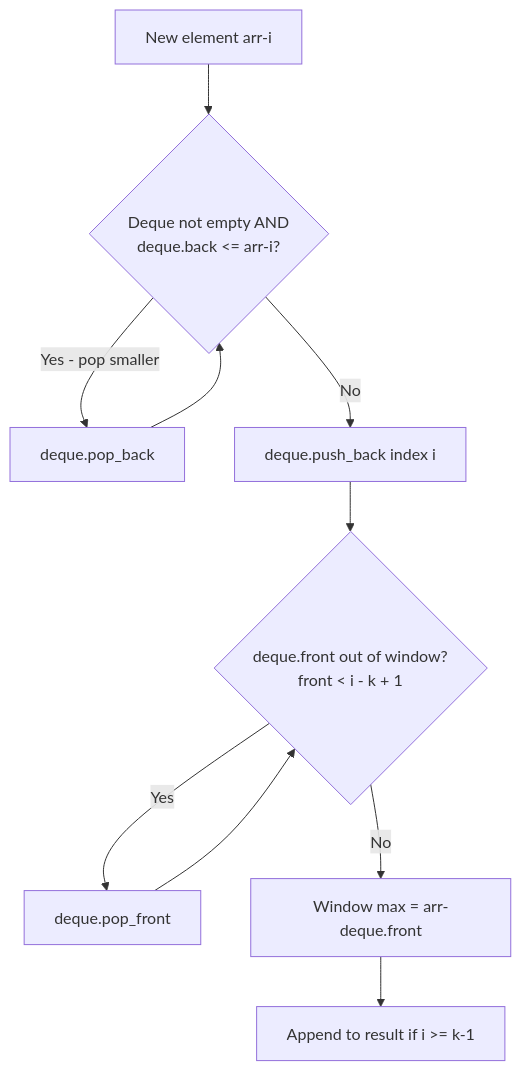
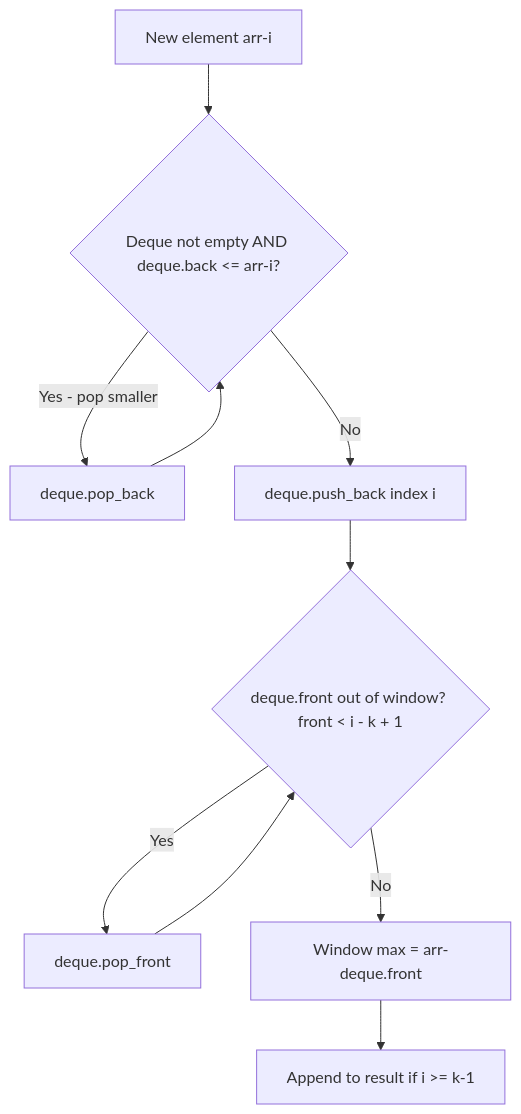
One commit to deepanshu-rawat6/AlgoAtlas changed the fifth of 6 diagrams in sliding_window/README.md. Above: the diagram before and after it, drawn with Mermaid. The commit also changed other lines of this file and 43 other files, not shown here.

````diff
--- a/sliding_window/README.md
+++ b/sliding_window/README.md
@@ -105,12 +105,12 @@
 ```mermaid
 flowchart TD
-    A[New element arr-i] --> B{Deque not empty AND<br>deque.back <= arr-i?}
+    A[New element arr-i] --> B{"Deque not empty AND deque.back <= arr-i?"}
     B -->|Yes - pop smaller| C[deque.pop_back]
     C --> B
     B -->|No| D[deque.push_back index i]
-    D --> E{deque.front out of window?<br>front < i - k + 1}
+    D --> E{"deque.front out of window? front < i - k + 1"}
     E -->|Yes| F[deque.pop_front]
     F --> E
     E -->|No| G[Window max = arr-deque.front]
     G --> H[Append to result if i >= k-1]
 ```
````
